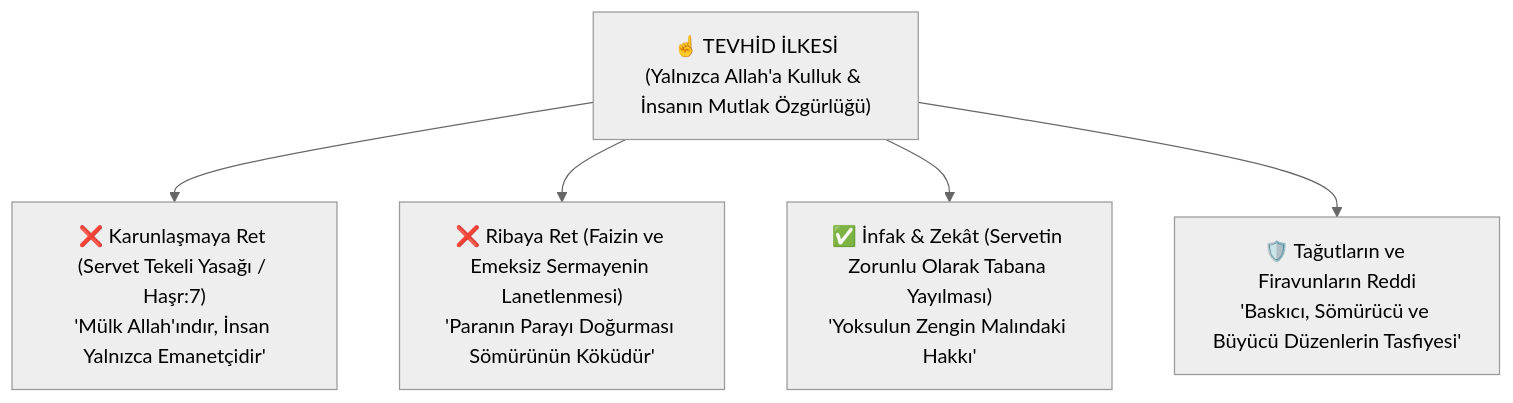
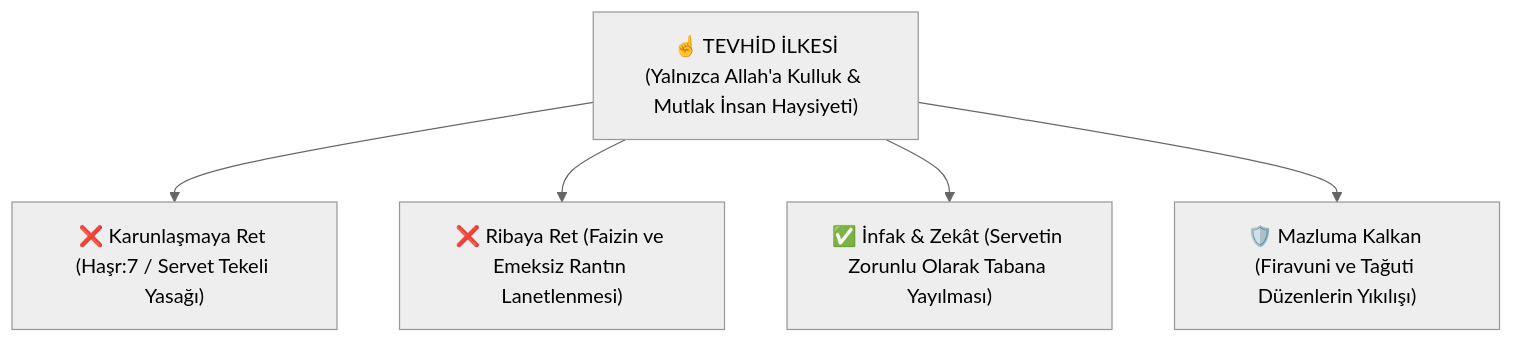
One commit to arch-yunus/marksizm-okumalari changed the second of 2 diagrams in README.md. Above: the diagram before and after it, drawn with Mermaid (neutral theme). The commit also changed other lines of this file and 1 other file, not shown here.

Commit message:
feat: repo musluman arastirmaci bakis acisiyla bastan dizayn edildi, tevhid, adalet, ekonomi politik ve elestirel mukayese rehberi eklendi

````diff
--- a/README.md
+++ b/README.md
@@ -600,9 +108,9 @@
 ```mermaid
 flowchart TD
-    TEVHID["☝️ TEVHİD İLKESİ\n(Yalnızca Allah'a Kulluk & İnsanın Mutlak Özgürlüğü)"]
+    TEVHID["☝️ TEVHİD İLKESİ\n(Yalnızca Allah'a Kulluk & Mutlak İnsan Haysiyeti)"]
     
-    TEVHID --> P1["❌ Karunlaşmaya Ret (Servet Tekeli Yasağı / Haşr:7)\n'Mülk Allah'ındır, İnsan Yalnızca Emanetçidir'"]
-    TEVHID --> P2["❌ Ribaya Ret (Faizin ve Emeksiz Sermayenin Lanetlenmesi)\n'Paranın Parayı Doğurması Sömürünün Köküdür'"]
-    TEVHID --> P3["✅ İnfak & Zekât (Servetin Zorunlu Olarak Tabana Yayılması)\n'Yoksulun Zengin Malındaki Hakkı'"]
-    TEVHID --> P4["🛡️ Tağutların ve Firavunların Reddi\n'Baskıcı, Sömürücü ve Büyücü Düzenlerin Tasfiyesi'"]
+    TEVHID --> P1["❌ Karunlaşmaya Ret (Haşr:7 / Servet Tekeli Yasağı)"]
+    TEVHID --> P2["❌ Ribaya Ret (Faizin ve Emeksiz Rantın Lanetlenmesi)"]
+    TEVHID --> P3["✅ İnfak & Zekât (Servetin Zorunlu Olarak Tabana Yayılması)"]
+    TEVHID --> P4["🛡️ Mazluma Kalkan (Firavuni ve Tağuti Düzenlerin Yıkılışı)"]
 ```
````
